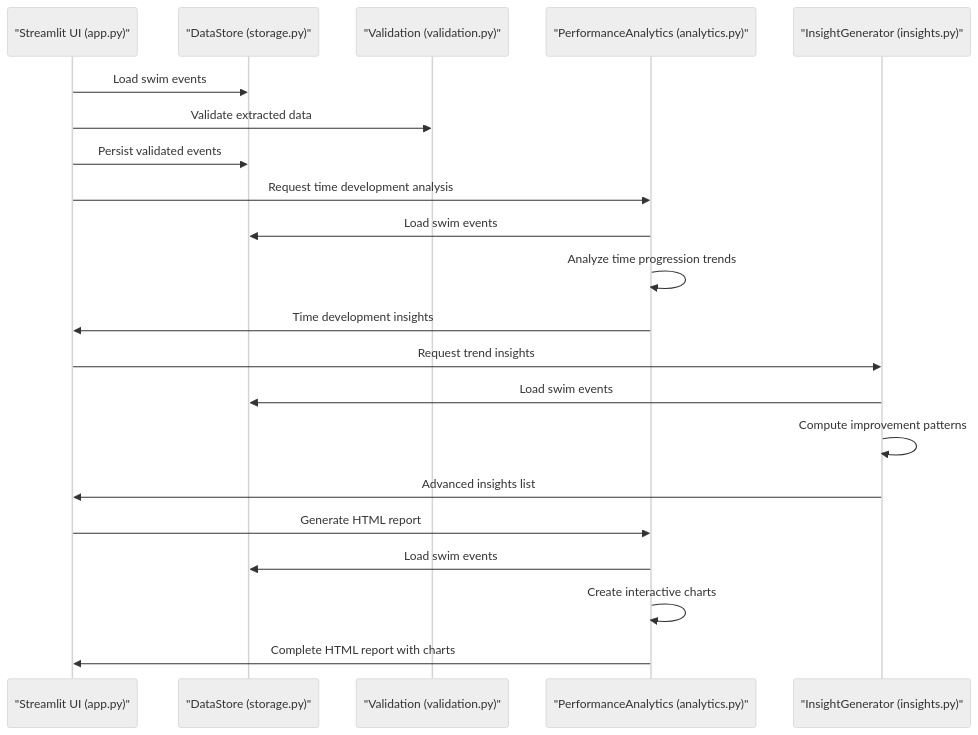
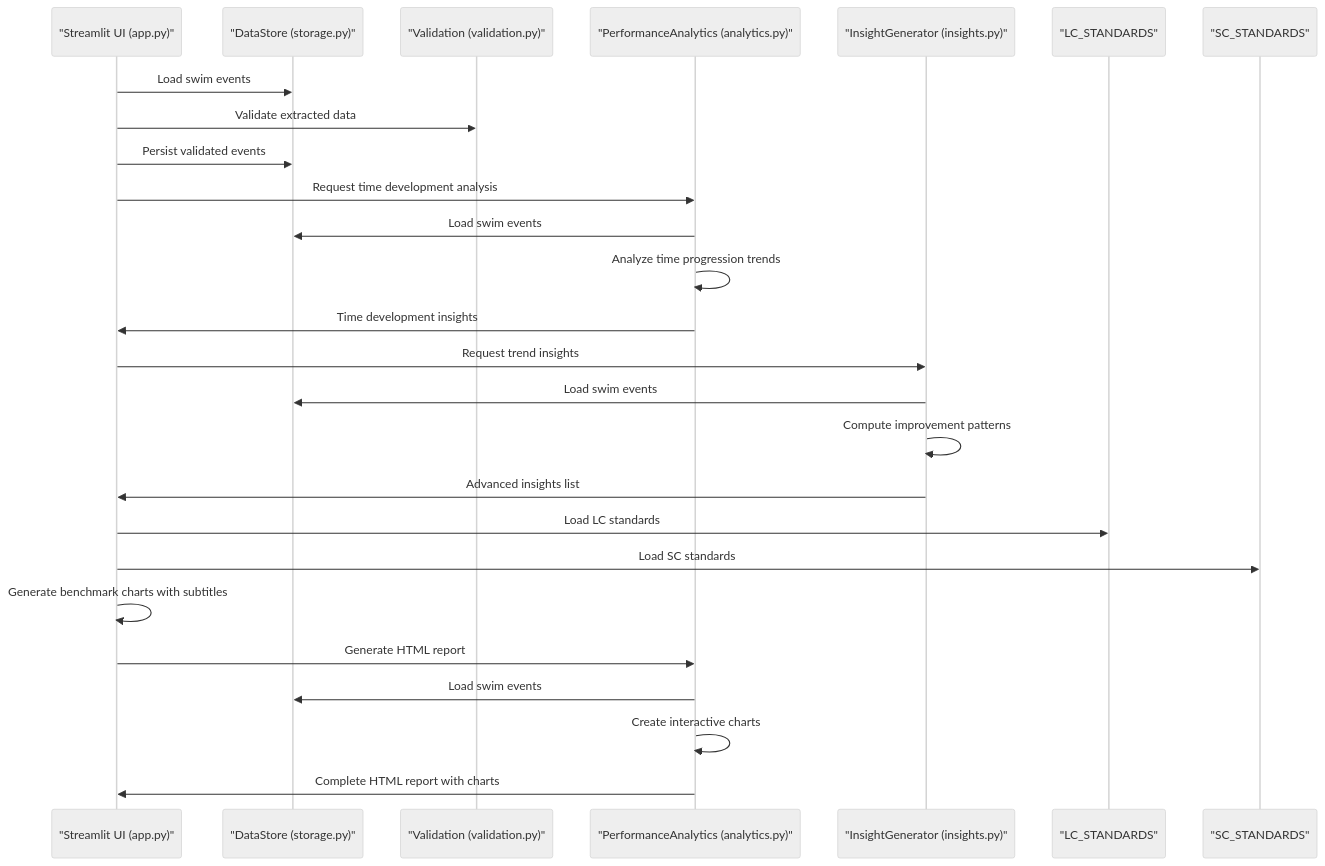
Before and after one commit to Johnny22056/SwimingStatus: the second of 7 diagrams in .qoder/repowiki/en/content/Feature Modules/Analytics Engine.md, drawn with Mermaid (neutral theme). The commit also changed other lines of this file and 5 other files, not shown here.

First line of the commit message:
feat: chart/PB UI polish, Gap to NM column, meet course override

````diff
--- a/.qoder/repowiki/en/content/Feature Modules/Analytics Engine.md
+++ b/.qoder/repowiki/en/content/Feature Modules/Analytics Engine.md
@@ -96,23 +105,28 @@
 ```mermaid
 sequenceDiagram
 participant UI as "Streamlit UI (app.py)"
 participant Store as "DataStore (storage.py)"
 participant Val as "Validation (validation.py)"
 participant PA as "PerformanceAnalytics (analytics.py)"
 participant IG as "InsightGenerator (insights.py)"
+participant LC as "LC_STANDARDS"
+participant SC as "SC_STANDARDS"
 UI->>Store : Load swim events
 UI->>Val : Validate extracted data
 UI->>Store : Persist validated events
 UI->>PA : Request time development analysis
 PA->>Store : Load swim events
 PA->>PA : Analyze time progression trends
 PA->>UI : Time development insights
 UI->>IG : Request trend insights
 IG->>Store : Load swim events
 IG->>IG : Compute improvement patterns
 IG->>UI : Advanced insights list
+UI->>LC : Load LC standards
+UI->>SC : Load SC standards
+UI->>UI : Generate benchmark charts with subtitles
 UI->>PA : Generate HTML report
 PA->>Store : Load swim events
 PA->>PA : Create interactive charts
 PA->>UI : Complete HTML report with charts
 ```
````
